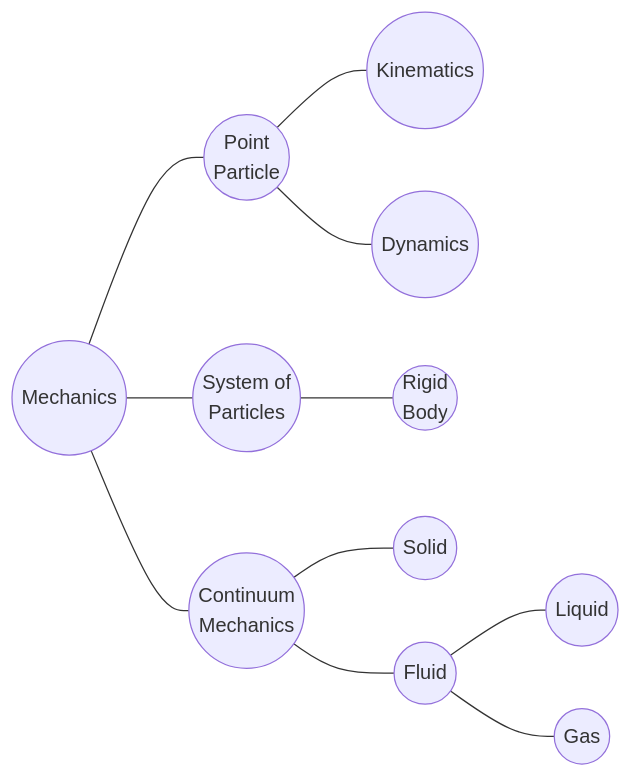
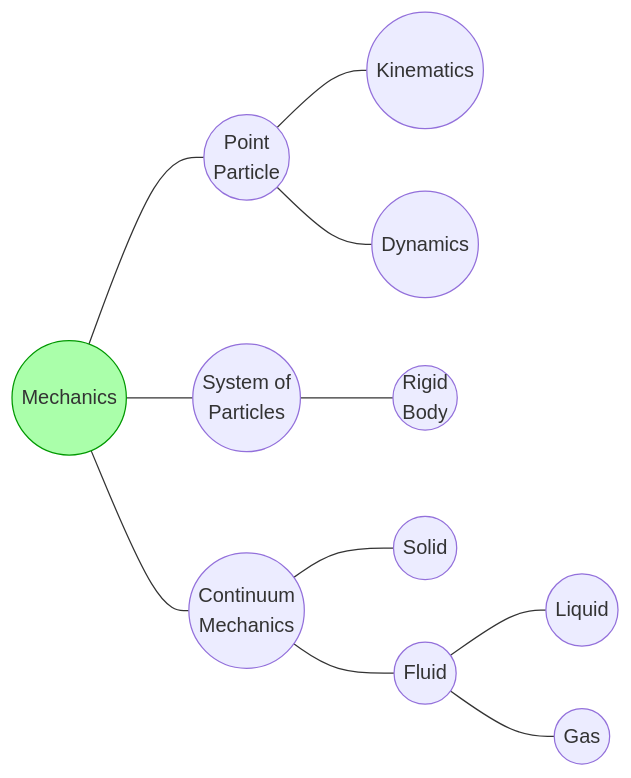
One commit to dudung/moparc changed the diagram in maps/phys/mech/README.md. Above: the diagram before and after it, drawn with Mermaid. The commit also changed 1 other file, not shown here.

Commit message:
update with style

````diff
--- a/maps/phys/mech/README.md
+++ b/maps/phys/mech/README.md
@@ -4,24 +4,26 @@
 ```mermaid
 flowchart LR
   %% links
   mech --- poin & sysp & cont
   poin --- kine & dyne
   sysp --- rigi
   cont --- soli & flui
   flui --- liqu & gase
   %% elements
   mech(( Mechanics ))
     poin(( Point<br>Particle ))
       kine(( Kinematics ))
       dyne(( Dynamics ))
     sysp(( System of<br>Particles ))
       rigi(( Rigid<br>Body ))
     cont(( Continuum<br>Mechanics ))
       soli(( Solid ))
       flui(( Fluid ))
         liqu(( Liquid ))
         gase(( Gas ))
   %% pages
   click mech "https://github.com/dudung/moparc/tree/main/maps/phys" _self
   %% styles
+  classDef prev fill:#afa,stroke:#090,stroke-width:1px;
+  class mech prev;
 ```
````
